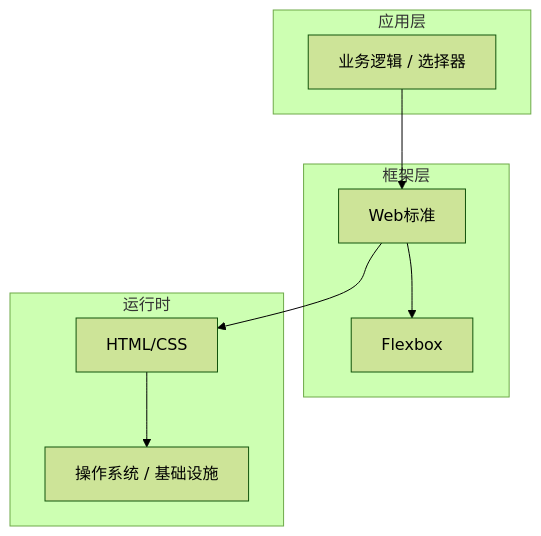
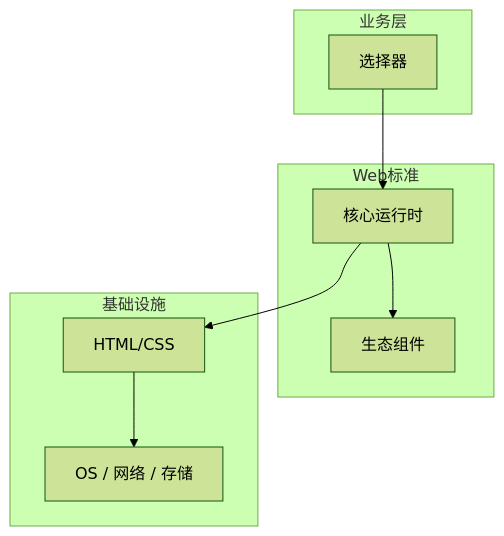
The diagram in articles/HTML与CSS/chapters/049-选择器核心概念与原理.md (yanggan2015/knowledge-json-v2), drawn with Mermaid (forest theme) before and after one commit. The commit also changed other lines of this file and 10127 other files, not shown here.

````diff
--- a/articles/HTML与CSS/chapters/049-选择器核心概念与原理.md
+++ b/articles/HTML与CSS/chapters/049-选择器核心概念与原理.md
@@ -45,18 +34,18 @@
 ```mermaid
 graph TB
-    subgraph 应用层
-        A[业务逻辑 / 选择器]
+    subgraph 业务层
+        A[选择器]
     end
-    subgraph 框架层
-        B[Web标准]
-        C[Flexbox]
+    subgraph Web标准
+        B[核心运行时]
+        C[生态组件]
     end
-    subgraph 运行时
+    subgraph 基础设施
         D[HTML/CSS]
-        E[操作系统 / 基础设施]
+        E[OS / 网络 / 存储]
     end
     A --> B
     B --> C
     B --> D
     D --> E
 ```
````
